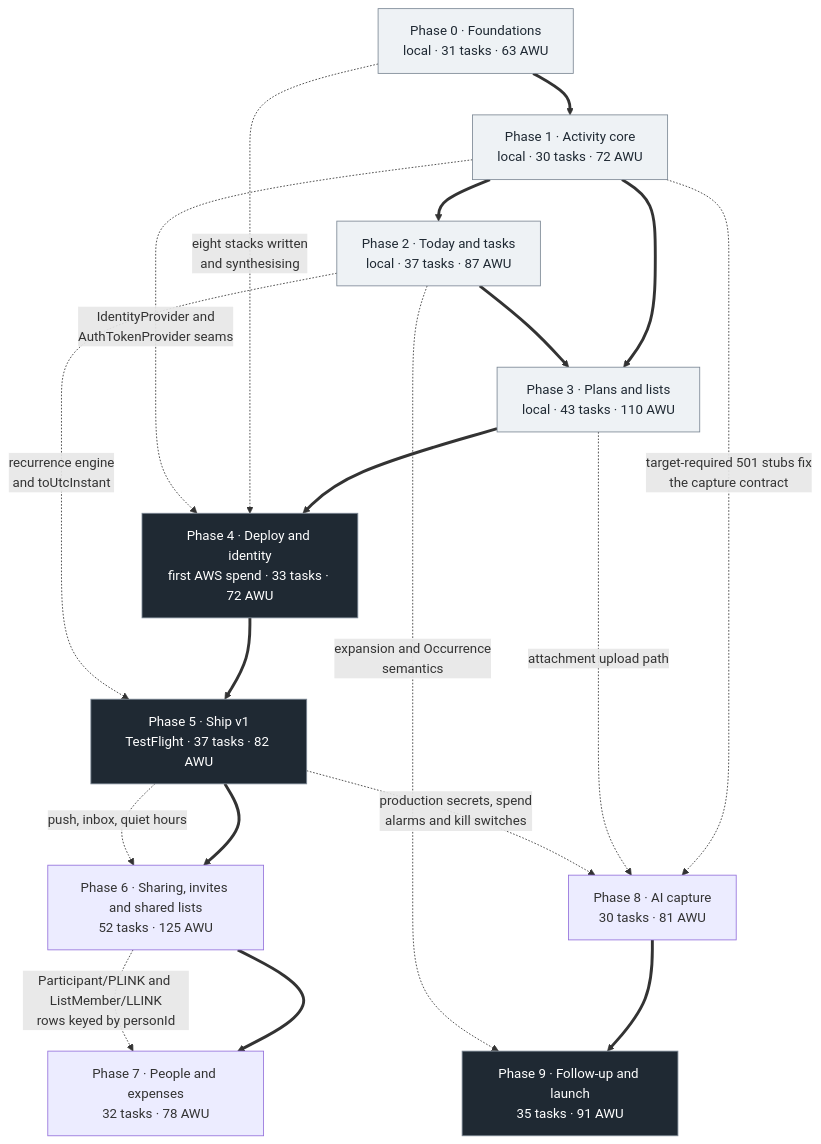
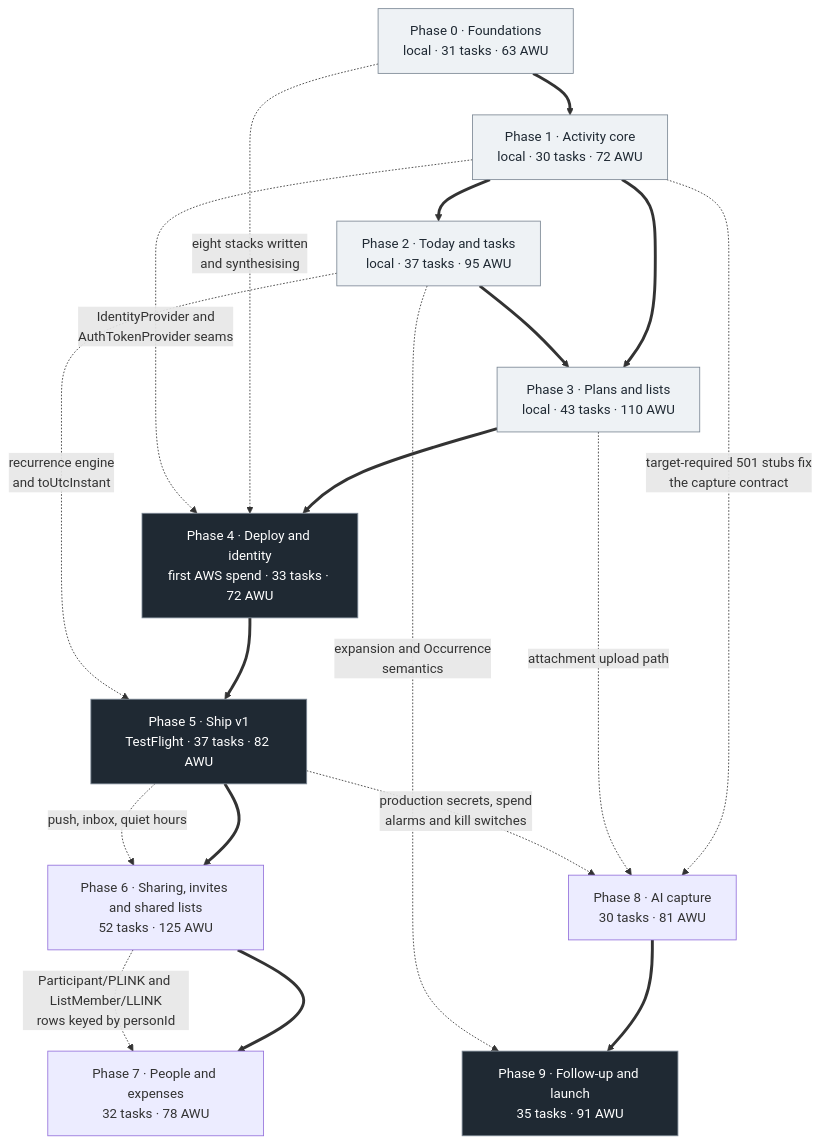
Before and after one commit to malikujjwal/ordinarydays: the diagram in docs/03-implementation/roadmap.md, drawn with Mermaid. The commit also changed other lines of this file and 4 other files, not shown here.

````diff
--- a/docs/03-implementation/roadmap.md
+++ b/docs/03-implementation/roadmap.md
@@ -238,38 +238,38 @@
 ```mermaid
 graph TD
     P0["Phase 0 · Foundations<br/>local · 31 tasks · 63 AWU"]
     P1["Phase 1 · Activity core<br/>local · 30 tasks · 72 AWU"]
-    P2["Phase 2 · Today and tasks<br/>local · 37 tasks · 87 AWU"]
+    P2["Phase 2 · Today and tasks<br/>local · 37 tasks · 95 AWU"]
     P3["Phase 3 · Plans and lists<br/>local · 43 tasks · 110 AWU"]
     P4["Phase 4 · Deploy and identity<br/>first AWS spend · 33 tasks · 72 AWU"]
     P5["Phase 5 · Ship v1<br/>TestFlight · 37 tasks · 82 AWU"]
     P6["Phase 6 · Sharing, invites and shared lists<br/>52 tasks · 125 AWU"]
     P7["Phase 7 · People and expenses<br/>32 tasks · 78 AWU"]
     P8["Phase 8 · AI capture<br/>30 tasks · 81 AWU"]
     P9["Phase 9 · Follow-up and launch<br/>35 tasks · 91 AWU"]
 
     P0 ==> P1
     P1 ==> P2
     P1 ==> P3
     P2 ==> P3
     P3 ==> P4
     P4 ==> P5
     P5 ==> P6
     P6 ==> P7
     P8 ==> P9
 
     P0 -. "eight stacks written<br/>and synthesising" .-> P4
     P1 -. "IdentityProvider and<br/>AuthTokenProvider seams" .-> P4
     P1 -. "target-required 501 stubs fix<br/>the capture contract" .-> P8
     P2 -. "recurrence engine<br/>and toUtcInstant" .-> P5
     P2 -. "expansion and Occurrence<br/>semantics" .-> P9
     P3 -. "attachment upload path" .-> P8
     P5 -. "production secrets, spend<br/>alarms and kill switches" .-> P8
     P5 -. "push, inbox, quiet hours" .-> P6
     P6 -. "Participant/PLINK and ListMember/LLINK<br/>rows keyed by personId" .-> P7
 
     classDef local fill:#eef2f5,stroke:#7b8794,color:#1f2933
     classDef ship fill:#1f2933,stroke:#7b8794,color:#ffffff
     class P0,P1,P2,P3 local
     class P4,P5,P9 ship
 ```
````
